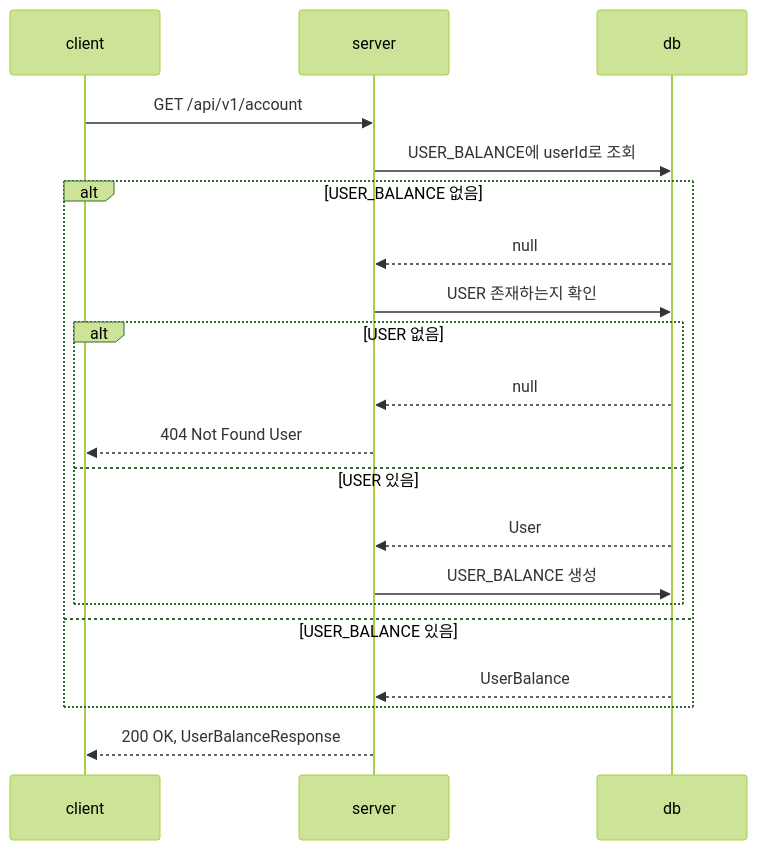
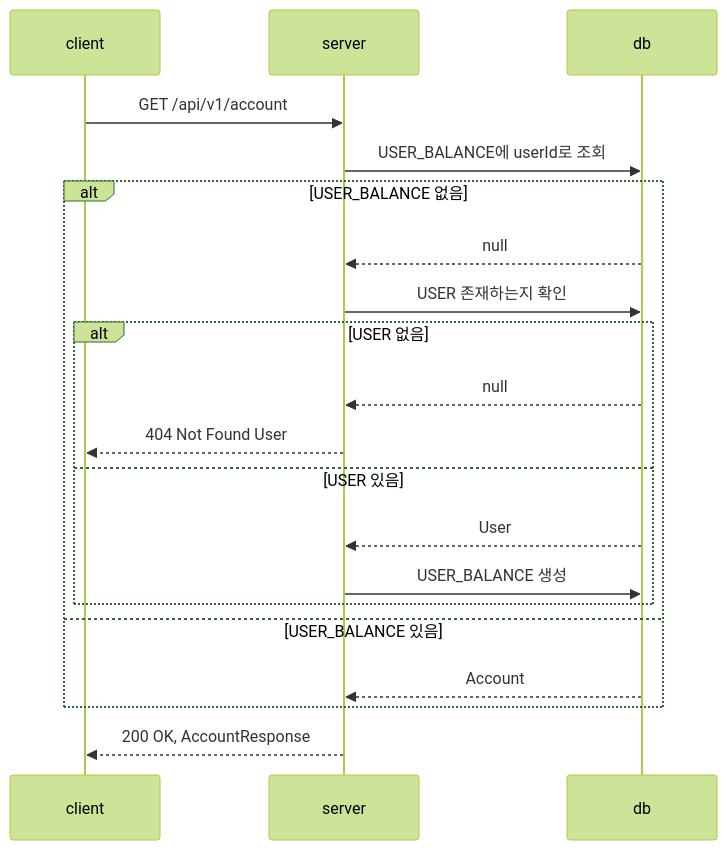
One commit to newbieJanghan/hh_plus_server changed the first of 4 diagrams in docs/api/account.md. Above: the diagram before and after it, drawn with Mermaid (forest theme). The commit also changed other lines of this file and 23 other files, not shown here.

Commit message:
Chore: rename balance to account

````diff
--- a/docs/api/account.md
+++ b/docs/api/account.md
@@ -39,24 +39,24 @@
 ```mermaid
 sequenceDiagram
     participant client
     participant server
     participant db
     client ->> server: GET /api/v1/account
     server ->> db: USER_BALANCE에 userId로 조회
     alt USER_BALANCE 없음
         db -->> server: null
         server ->> db: USER 존재하는지 확인
         alt USER 없음
             db -->> server: null
             server -->> client: 404 Not Found User
         else USER 있음
             db -->> server: User
             server ->> db: USER_BALANCE 생성
         end
     else USER_BALANCE 있음
-        db -->> server: UserBalance
+        db -->> server: Account
     end
 
-    server -->> client: 200 OK, UserBalanceResponse
+    server -->> client: 200 OK, AccountResponse
 
 ```
````
